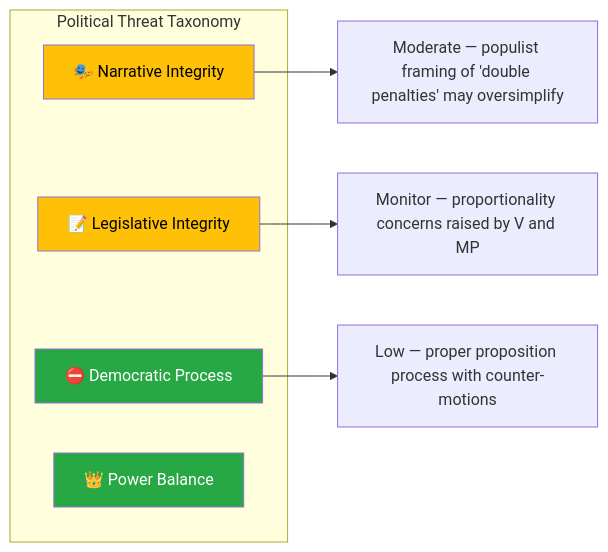
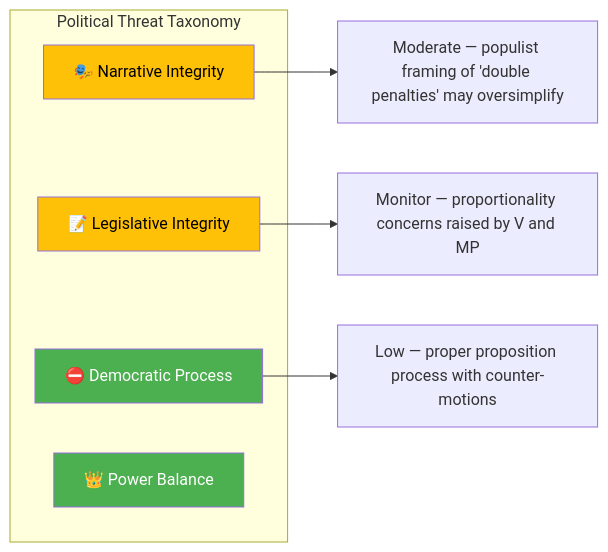
One commit to Hack23/riksdagsmonitor changed the third of 3 diagrams in analysis/daily/2026-04-09/realtime-1436/documents/hd03218-analysis.md. Above: the diagram before and after it, drawn with Mermaid. The commit also changed other lines of this file and 785 other files, not shown here.

First line of the commit message:
Normalize mermaid colors across 786 analysis artifacts to ISMS Style Guide palette

````diff
--- a/analysis/daily/2026-04-09/realtime-1436/documents/hd03218-analysis.md
+++ b/analysis/daily/2026-04-09/realtime-1436/documents/hd03218-analysis.md
@@ -107,18 +107,18 @@
 ```mermaid
 graph LR
     subgraph "Political Threat Taxonomy"
         NI["🎭 Narrative Integrity"]
         LI["📝 Legislative Integrity"]
         DP["⛔ Democratic Process"]
         PB["👑 Power Balance"]
     end
 
     NI --> NI1["Moderate — populist framing of 'double penalties' may oversimplify"]
     LI --> LI1["Monitor — proportionality concerns raised by V and MP"]
     DP --> DP1["Low — proper proposition process with counter-motions"]
 
-    style NI fill:#ffc107,color:#000
-    style LI fill:#ffc107,color:#000
-    style DP fill:#28a745,color:#fff
-    style PB fill:#28a745,color:#fff
+    style NI fill:#FFC107,color:#000000
+    style LI fill:#FFC107,color:#000000
+    style DP fill:#4CAF50,color:#FFFFFF
+    style PB fill:#4CAF50,color:#FFFFFF
 ```
````
